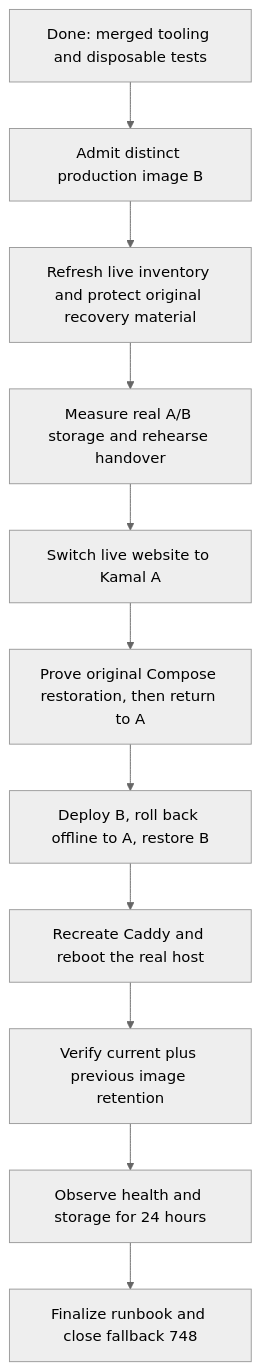
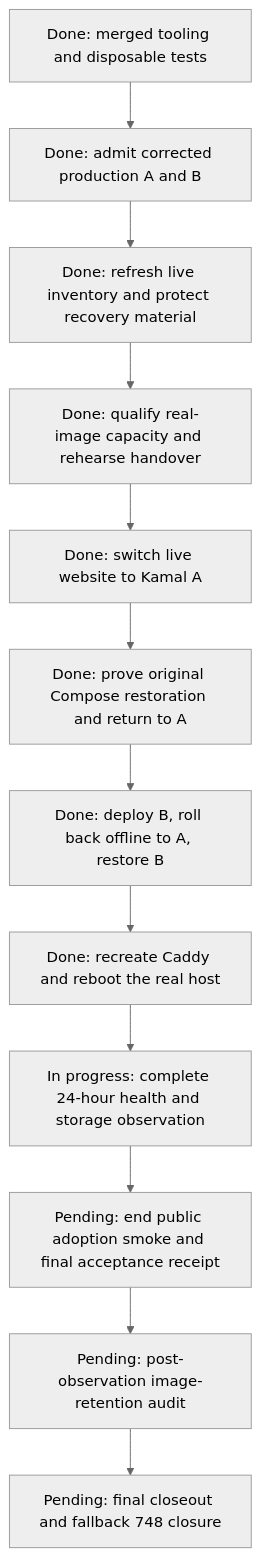
One commit to flidai/leapview changed the diagram in plan.md. Above: the diagram before and after it, drawn with Mermaid (neutral theme). The commit also changed other lines of this file and 4 other files, not shown here.

First line of the commit message:
docs(deploy): record live public-site rollout and pending acceptance (#781)

````diff
--- a/plan.md
+++ b/plan.md
@@ -70,13 +95,14 @@
 ```mermaid
 flowchart TD
-    A[Done: merged tooling and disposable tests] --> B[Admit distinct production image B]
-    B --> C[Refresh live inventory and protect original recovery material]
-    C --> D[Measure real A/B storage and rehearse handover]
-    D --> E[Switch live website to Kamal A]
-    E --> F[Prove original Compose restoration, then return to A]
-    F --> G[Deploy B, roll back offline to A, restore B]
-    G --> H[Recreate Caddy and reboot the real host]
-    H --> I[Verify current plus previous image retention]
-    I --> J[Observe health and storage for 24 hours]
-    J --> K[Finalize runbook and close fallback 748]
+    A[Done: merged tooling and disposable tests] --> B[Done: admit corrected production A and B]
+    B --> C[Done: refresh live inventory and protect recovery material]
+    C --> D[Done: qualify real-image capacity and rehearse handover]
+    D --> E[Done: switch live website to Kamal A]
+    E --> F[Done: prove original Compose restoration and return to A]
+    F --> G[Done: deploy B, roll back offline to A, restore B]
+    G --> H[Done: recreate Caddy and reboot the real host]
+    H --> I[In progress: complete 24-hour health and storage observation]
+    I --> J[Pending: end public adoption smoke and final acceptance receipt]
+    J --> K[Pending: post-observation image-retention audit]
+    K --> L[Pending: final closeout and fallback 748 closure]
 ```
````
